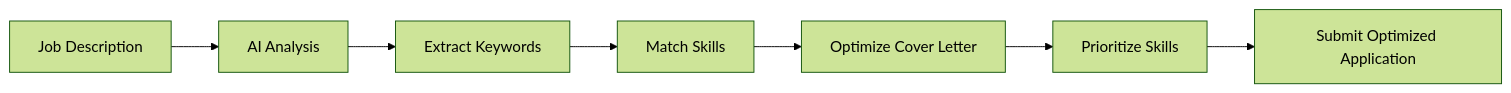
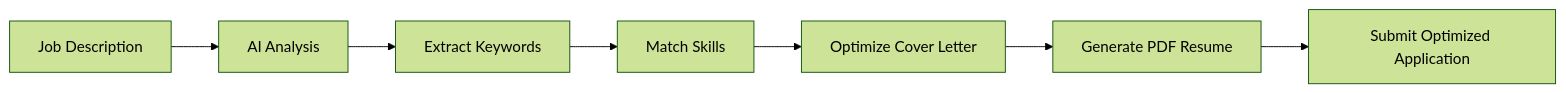
The first of 6 diagrams in README.md (Suhaib3100/tsenta-tha), drawn with Mermaid (forest theme) before and after one commit. The commit also changed other lines of this file and 10 other files, not shown here.

First line of the commit message:
feat: add AI-powered PDF resume generation with parallel processing

````diff
--- a/README.md
+++ b/README.md
@@ -107,9 +121,9 @@
 ```mermaid
 flowchart LR
     A[Job Description] --> B[AI Analysis]
     B --> C[Extract Keywords]
     C --> D[Match Skills]
     D --> E[Optimize Cover Letter]
-    E --> F[Prioritize Skills]
+    E --> F[Generate PDF Resume]
     F --> G[Submit Optimized Application]
 ```
````
